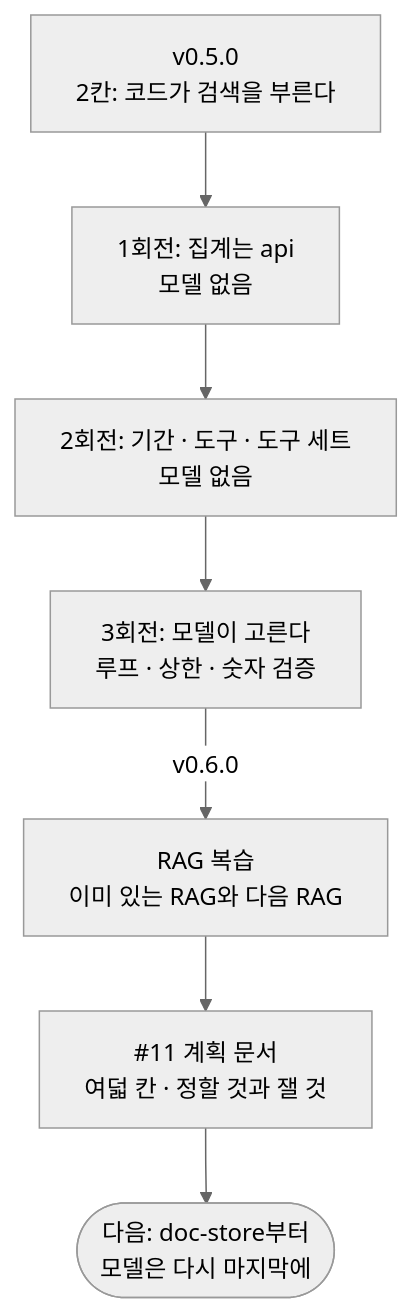
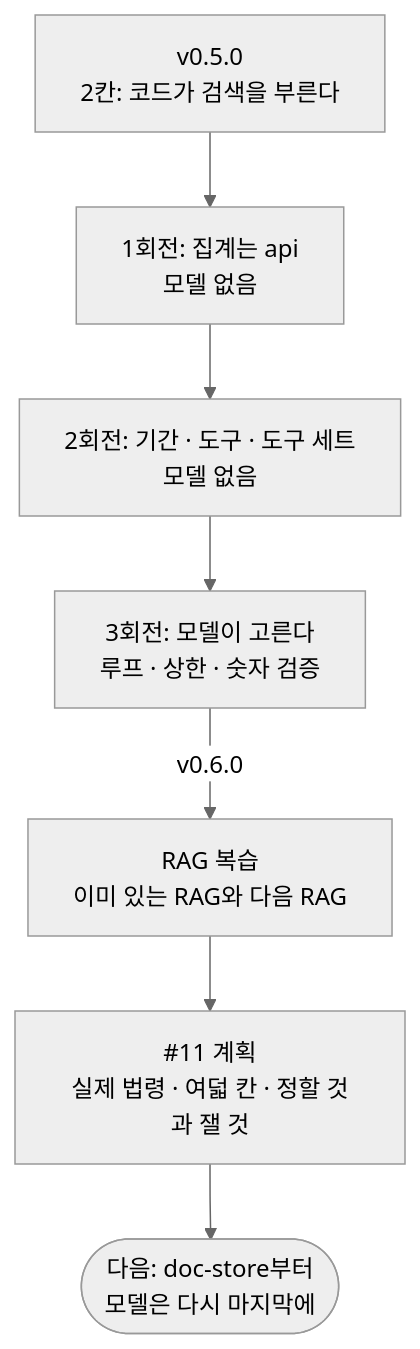
One commit to 2026-ai-service-engineering-a/ai_service_engineering-track_a changed the seventh of 7 diagrams in site/src/content/courses/ko/session-09-3/index.mdx. Above: the diagram before and after it, drawn with Mermaid (neutral theme). The commit also changed other lines of this file, not shown here.

````diff
--- a/site/src/content/courses/ko/session-09-3/index.mdx
+++ b/site/src/content/courses/ko/session-09-3/index.mdx
@@ -1106,9 +1306,9 @@
 ```mermaid
 flowchart TB
     V5["v0.5.0<br/>2칸: 코드가 검색을 부른다"] --> A["1회전: 집계는 api<br/>모델 없음"]
     A --> T["2회전: 기간 · 도구 · 도구 세트<br/>모델 없음"]
     T --> L["3회전: 모델이 고른다<br/>루프 · 상한 · 숫자 검증"]
     L -->|"v0.6.0"| R["RAG 복습<br/>이미 있는 RAG와 다음 RAG"]
-    R --> P["#11 계획 문서<br/>여덟 칸 · 정할 것과 잴 것"]
+    R --> P["#11 계획<br/>실제 법령 · 여덟 칸 · 정할 것과 잴 것"]
     P --> N(["다음: doc-store부터<br/>모델은 다시 마지막에"])
 ```
````
